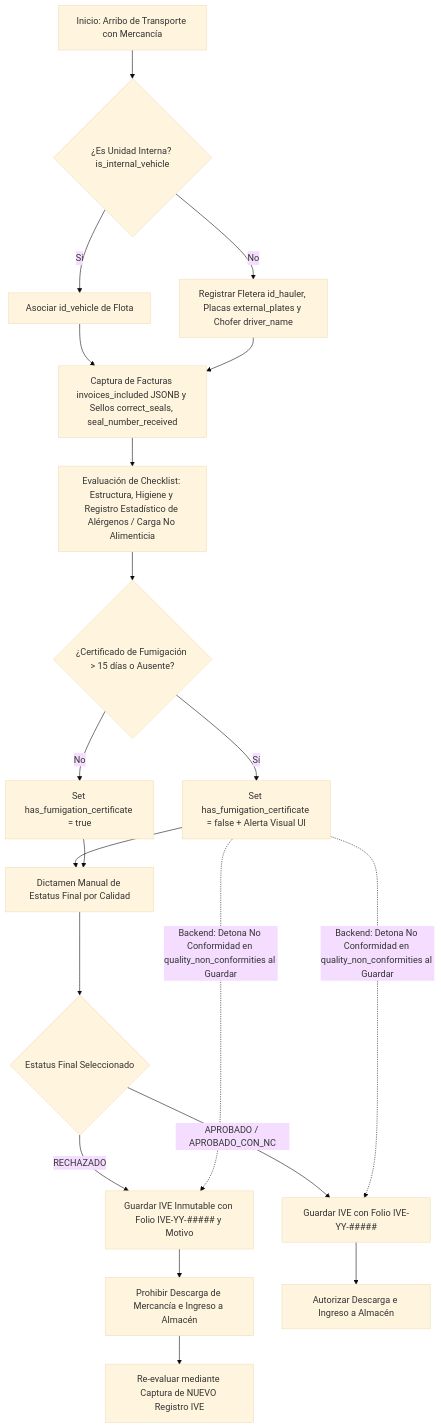
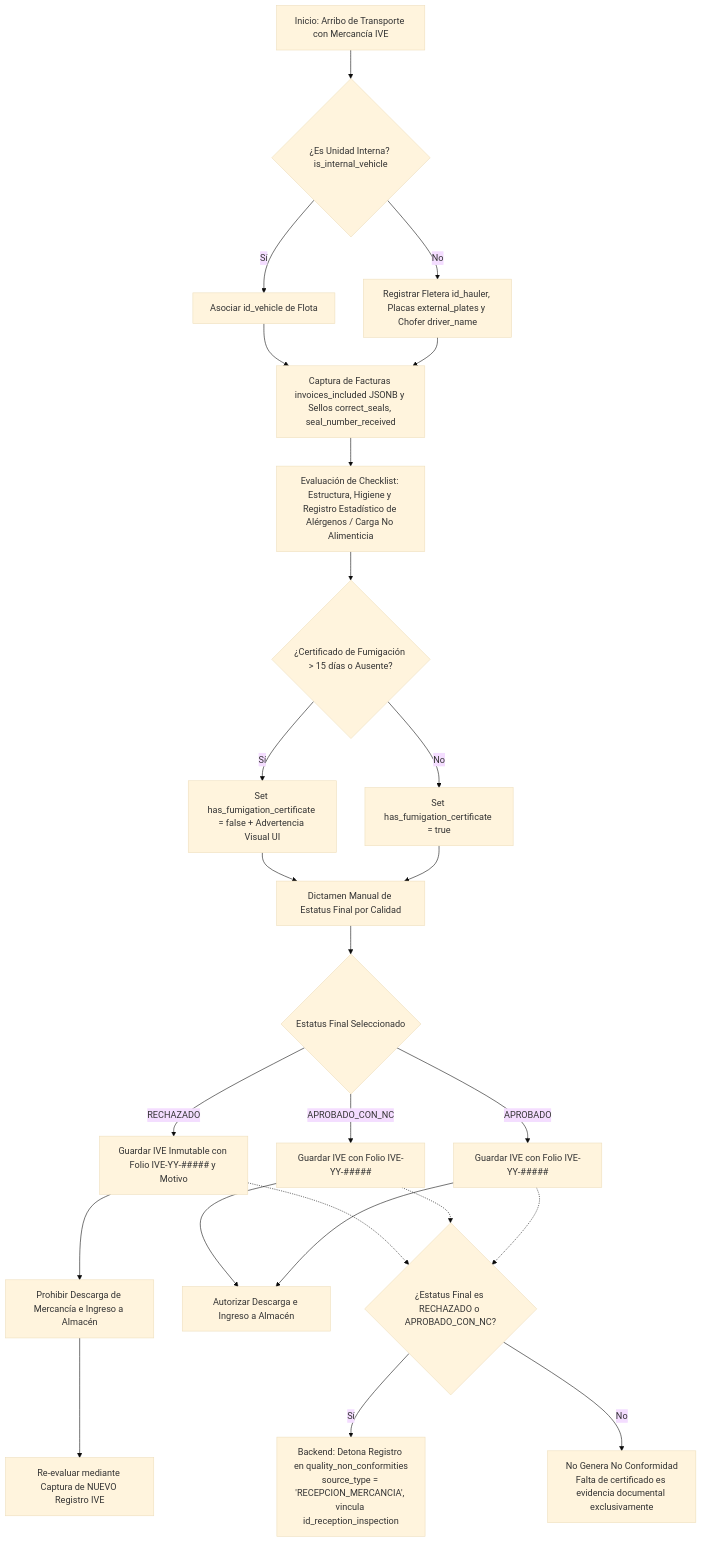
One commit to Automatizacion-KPC/KoonolApp changed the second of 2 diagrams in docs/modules/vehicle_inspection.md. Above: the diagram before and after it, drawn with Mermaid (base theme). The commit also changed other lines of this file, not shown here.

Commit message:
docs(vhi/docs): corregir BR-VHI-05, US y diagramas de flujo para alinearse mejor con módulo qnc [chore]

````diff
--- a/docs/modules/vehicle_inspection.md
+++ b/docs/modules/vehicle_inspection.md
@@ -172,31 +186,39 @@
 ```mermaid
 graph TD
-    A1[Inicio: Arribo de Transporte con Mercancía] --> B1{¿Es Unidad Interna? is_internal_vehicle}
+    A1[Inicio: Arribo de Transporte con Mercancía IVE] --> B1{¿Es Unidad Interna? is_internal_vehicle}
 
     B1 -- Sí --> C1[Asociar id_vehicle de Flota]
     B1 -- No --> D1[Registrar Fletera id_hauler, Placas external_plates y Chofer driver_name]
 
     C1 --> E1[Captura de Facturas invoices_included JSONB y Sellos correct_seals, seal_number_received]
     D1 --> E1
 
     E1 --> F1[Evaluación de Checklist: Estructura, Higiene y Registro Estadístico de Alérgenos / Carga No Alimenticia]
     F1 --> G1{¿Certificado de Fumigación > 15 días o Ausente?}
 
-    G1 -- Sí --> H1[Set has_fumigation_certificate = false + Alerta Visual UI]
+    G1 -- Sí --> H1[Set has_fumigation_certificate = false + Advertencia Visual UI]
     G1 -- No --> I1[Set has_fumigation_certificate = true]
 
     H1 --> J1[Dictamen Manual de Estatus Final por Calidad]
     I1 --> J1
 
     J1 --> K1{Estatus Final Seleccionado}
 
     K1 -- RECHAZADO --> L1[Guardar IVE Inmutable con Folio IVE-YY-##### y Motivo]
     L1 --> M1[Prohibir Descarga de Mercancía e Ingreso a Almacén]
     M1 --> N1[Re-evaluar mediante Captura de NUEVO Registro IVE]
 
-    K1 -- APROBADO / APROBADO_CON_NC --> O1[Guardar IVE con Folio IVE-YY-#####]
+    K1 -- APROBADO_CON_NC --> O1[Guardar IVE con Folio IVE-YY-#####]
     O1 --> P1[Autorizar Descarga e Ingreso a Almacén]
 
-    H1 -. Backend: Detona No Conformidad en quality_non_conformities al Guardar .-> L1
-    H1 -. Backend: Detona No Conformidad en quality_non_conformities al Guardar .-> O1
+    K1 -- APROBADO --> O2[Guardar IVE con Folio IVE-YY-#####]
+    O2 --> P1
+
+    NC_CHECK_IVE{¿Estatus Final es RECHAZADO o APROBADO_CON_NC?}
+    L1 -.-> NC_CHECK_IVE
+    O1 -.-> NC_CHECK_IVE
+    O2 -.-> NC_CHECK_IVE
+
+    NC_CHECK_IVE -- Sí --> NC_GEN_IVE[Backend: Detona Registro en quality_non_conformities\nsource_type = 'RECEPCION_MERCANCIA', vincula id_reception_inspection]
+    NC_CHECK_IVE -- No --> NC_END_IVE[No Genera No Conformidad\nFalta de certificado es evidencia documental exclusivamente]
 ```
````
